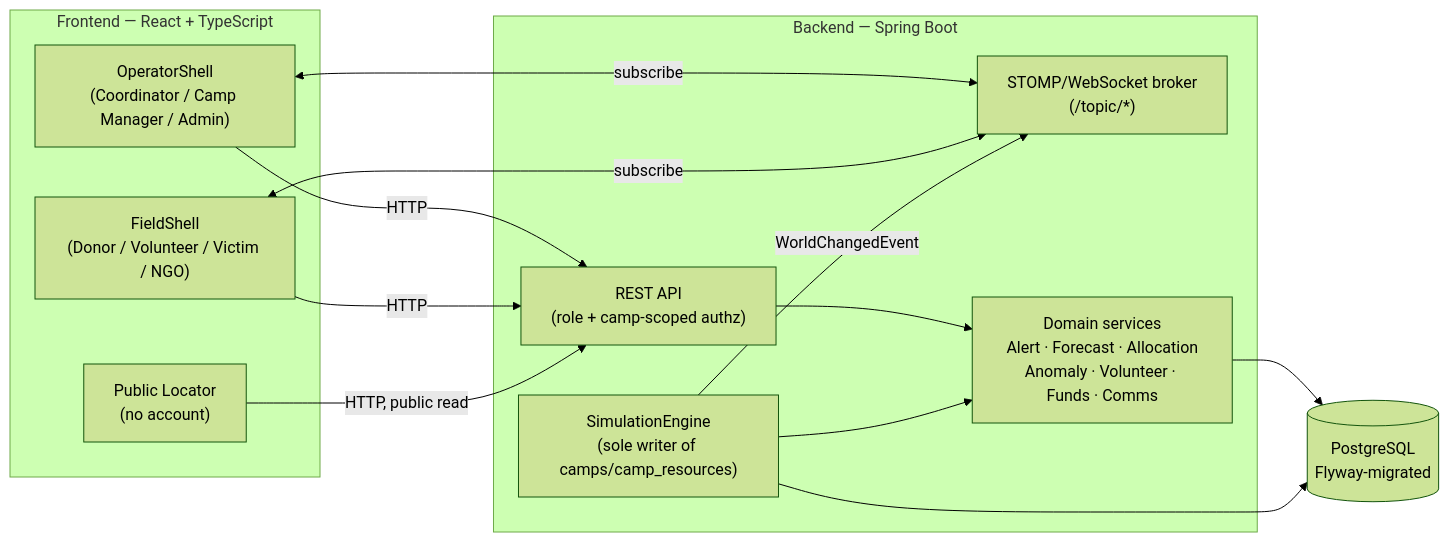
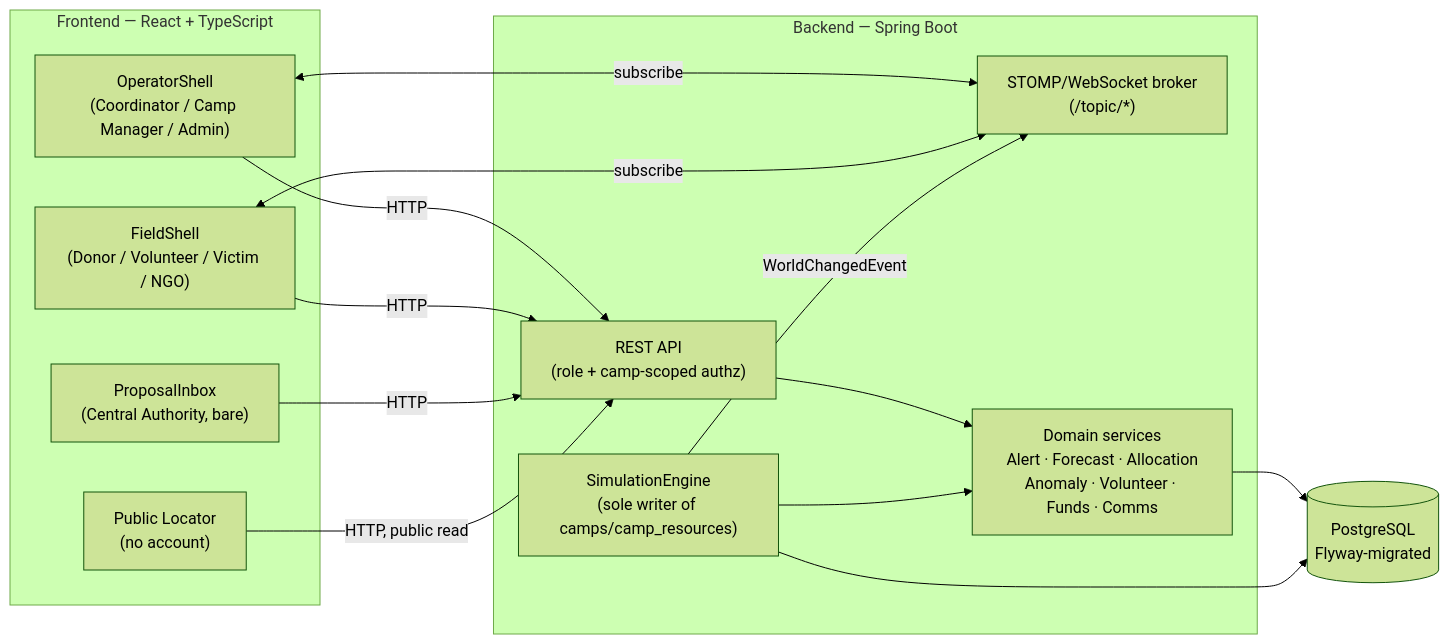
One commit to Azm1ne/Disaster-Management-System changed the diagram in docs/architecture.md. Above: the diagram before and after it, drawn with Mermaid (forest theme). The commit also changed other lines of this file and 10 other files, not shown here.

````diff
--- a/docs/architecture.md
+++ b/docs/architecture.md
@@ -10,29 +10,31 @@
 ```mermaid
 flowchart LR
     subgraph Client[Frontend — React + TypeScript]
         OperatorShell["OperatorShell\n(Coordinator / Camp Manager / Admin)"]
         FieldShell["FieldShell\n(Donor / Volunteer / Victim / NGO)"]
+        ProposalInbox["ProposalInbox\n(Central Authority, bare)"]
         Locator["Public Locator\n(no account)"]
     end
 
     subgraph Server[Backend — Spring Boot]
         REST["REST API\n(role + camp-scoped authz)"]
         STOMP["STOMP/WebSocket broker\n(/topic/*)"]
         Engine["SimulationEngine\n(sole writer of camps/camp_resources)"]
         Domain["Domain services\nAlert · Forecast · Allocation\nAnomaly · Volunteer · Funds · Comms"]
     end
 
     DB[(PostgreSQL\nFlyway-migrated)]
 
     OperatorShell -->|HTTP| REST
     FieldShell -->|HTTP| REST
+    ProposalInbox -->|HTTP| REST
     Locator -->|HTTP, public read| REST
     OperatorShell <-->|subscribe| STOMP
     FieldShell <-->|subscribe| STOMP
 
     REST --> Domain
     Engine --> Domain
     Engine -->|WorldChangedEvent| STOMP
     Domain --> DB
     Engine --> DB
 ```
````
